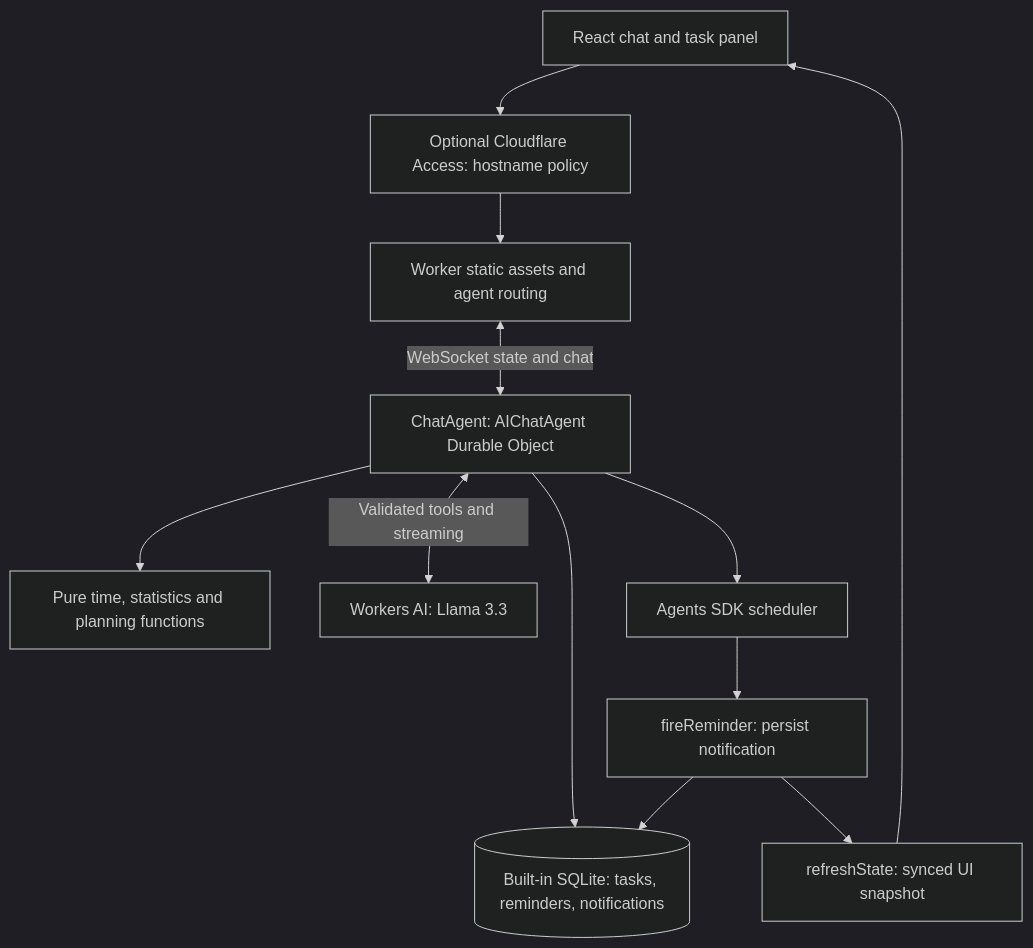
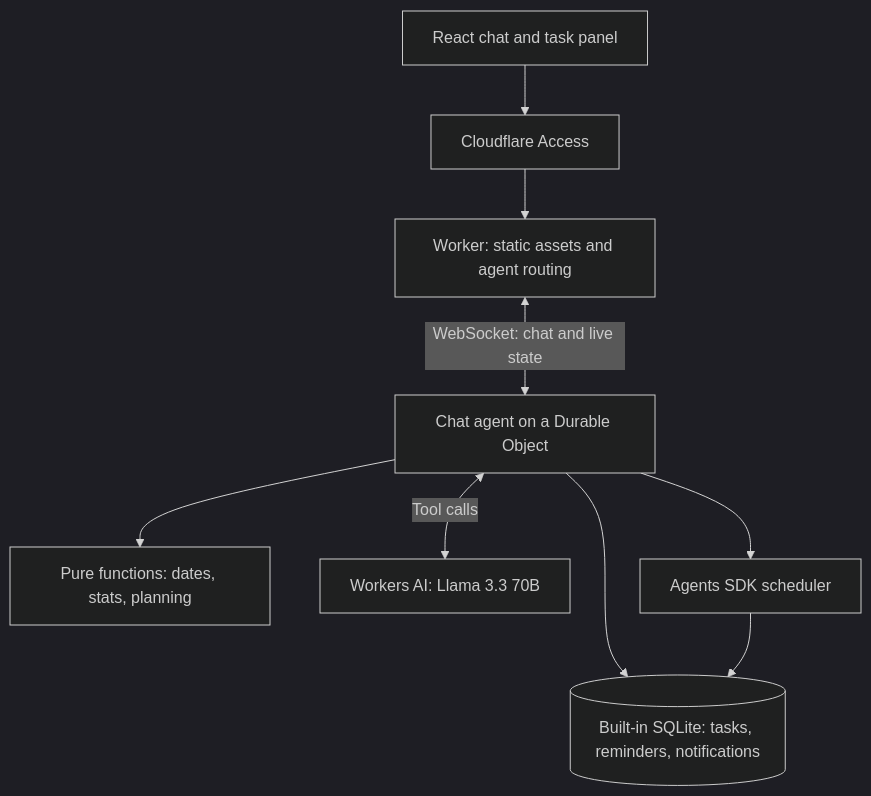
Before and after one commit to anastasiabutok/todo-agent: the diagram in README.md, drawn with Mermaid (dark theme). The commit also changed other lines of this file, not shown here.

````diff
--- a/README.md
+++ b/README.md
@@ -11,14 +20,11 @@
 ```mermaid
 flowchart TD
-  Browser[React chat and task panel] --> Access[Optional Cloudflare Access: hostname policy]
-  Access --> Worker[Worker static assets and agent routing]
-  Worker <-->|WebSocket state and chat| Agent[ChatAgent: AIChatAgent Durable Object]
+  Browser[React chat and task panel] --> Access[Cloudflare Access]
+  Access --> Worker[Worker: static assets and agent routing]
+  Worker <-->|WebSocket: chat and live state| Agent[Chat agent on a Durable Object]
   Agent --> SQL[(Built-in SQLite: tasks, reminders, notifications)]
-  Agent --> Functions[Pure time, statistics and planning functions]
-  Agent <-->|Validated tools and streaming| AI[Workers AI: Llama 3.3]
+  Agent --> Functions[Pure functions: dates, stats, planning]
+  Agent <-->|Tool calls| AI[Workers AI: Llama 3.3 70B]
   Agent --> Scheduler[Agents SDK scheduler]
-  Scheduler --> Callback[fireReminder: persist notification]
-  Callback --> SQL
-  Callback --> State[refreshState: synced UI snapshot]
-  State --> Browser
+  Scheduler --> SQL
 ```
````
